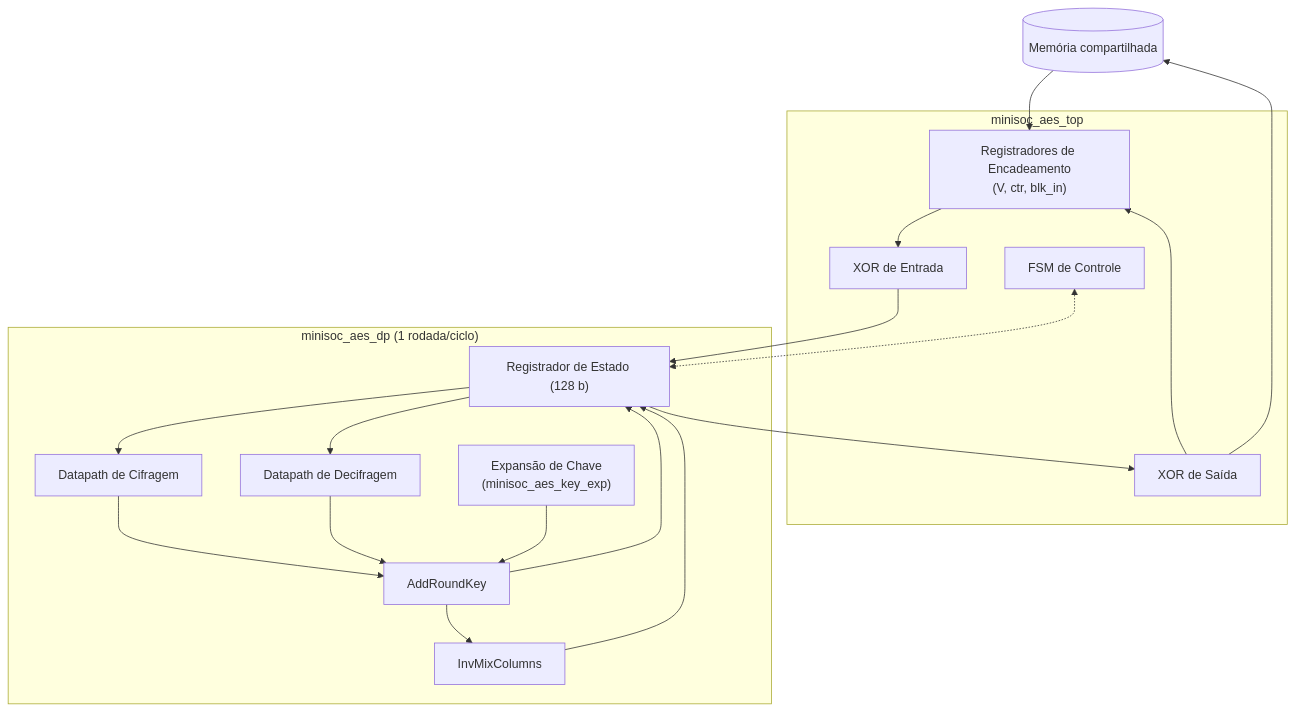
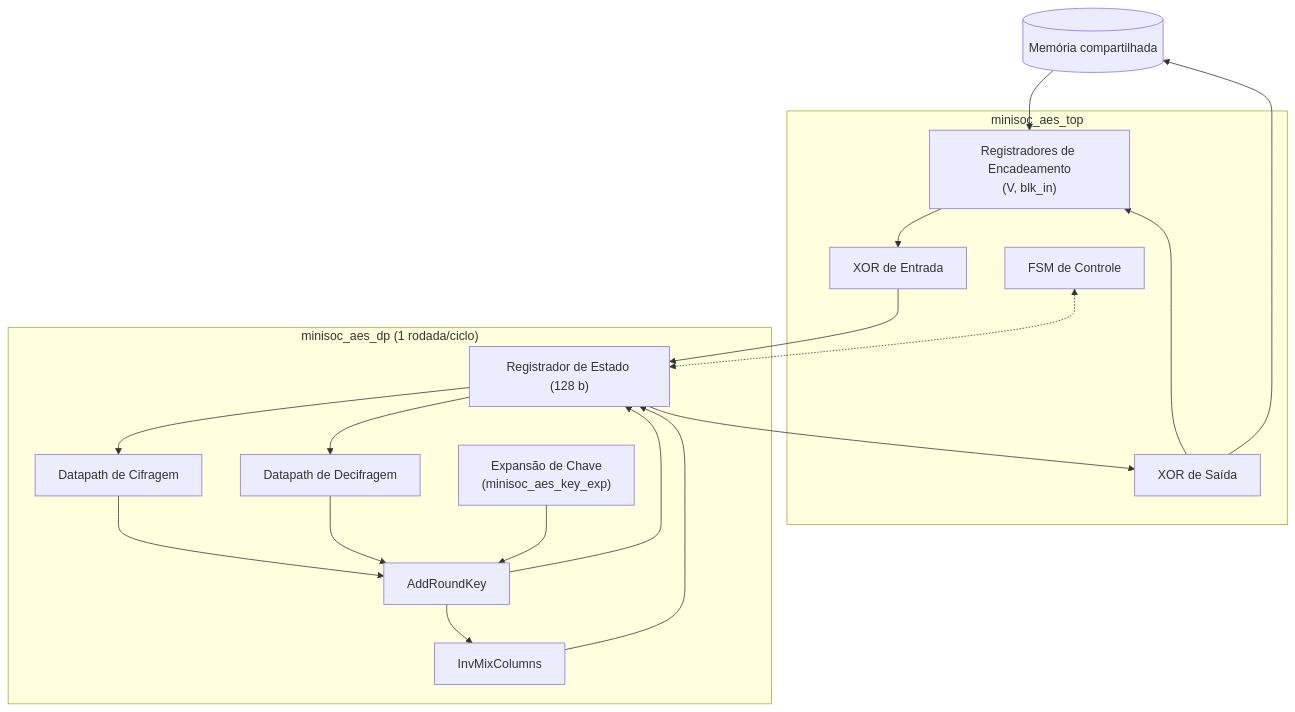
Before and after one commit to ubajjara/AES-spi-hands-on: the first of 2 diagrams in docs/architecture/microArquitetura_v1.0.md, drawn with Mermaid. The commit also changed other lines of this file, not shown here.

````diff
--- a/docs/architecture/microArquitetura_v1.0.md
+++ b/docs/architecture/microArquitetura_v1.0.md
@@ -30,34 +30,34 @@
 ```mermaid
 flowchart TB
   MEM[("Memória compartilhada")]
   subgraph TOP["minisoc_aes_top"]
     FSM["FSM de Controle"]
-    REG["Registradores de Encadeamento<br/>(V, ctr, blk_in)"]
+    REG["Registradores de Encadeamento<br/>(V, blk_in)"]
     PRE["XOR de Entrada"]
     POST["XOR de Saída"]
   end
   subgraph DP["minisoc_aes_dp (1 rodada/ciclo)"]
     ST["Registrador de Estado (128 b)"]
     ENC["Datapath de Cifragem"]
     DEC["Datapath de Decifragem"]
     ARK["AddRoundKey"]
     IMC["InvMixColumns"]
     KE["Expansão de Chave<br/>(minisoc_aes_key_exp)"]
   end
   
   MEM --> REG
   REG --> PRE
   PRE --> ST
   FSM <-.-> ST
   ST --> ENC
   ST --> DEC
   ENC --> ARK
   DEC --> ARK
   KE --> ARK
   ARK --> ST
   ARK --> IMC
   IMC --> ST
   ST --> POST
   POST --> REG
   POST --> MEM
 ```
````
